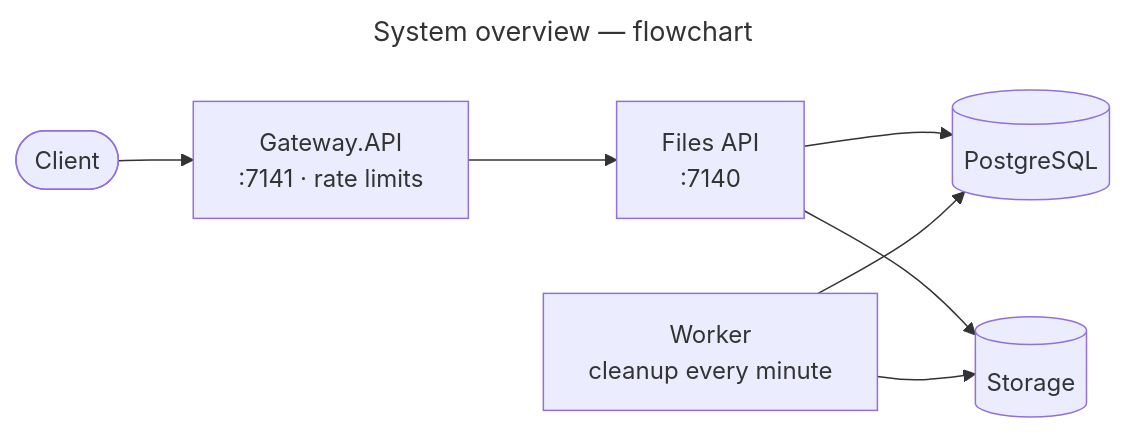
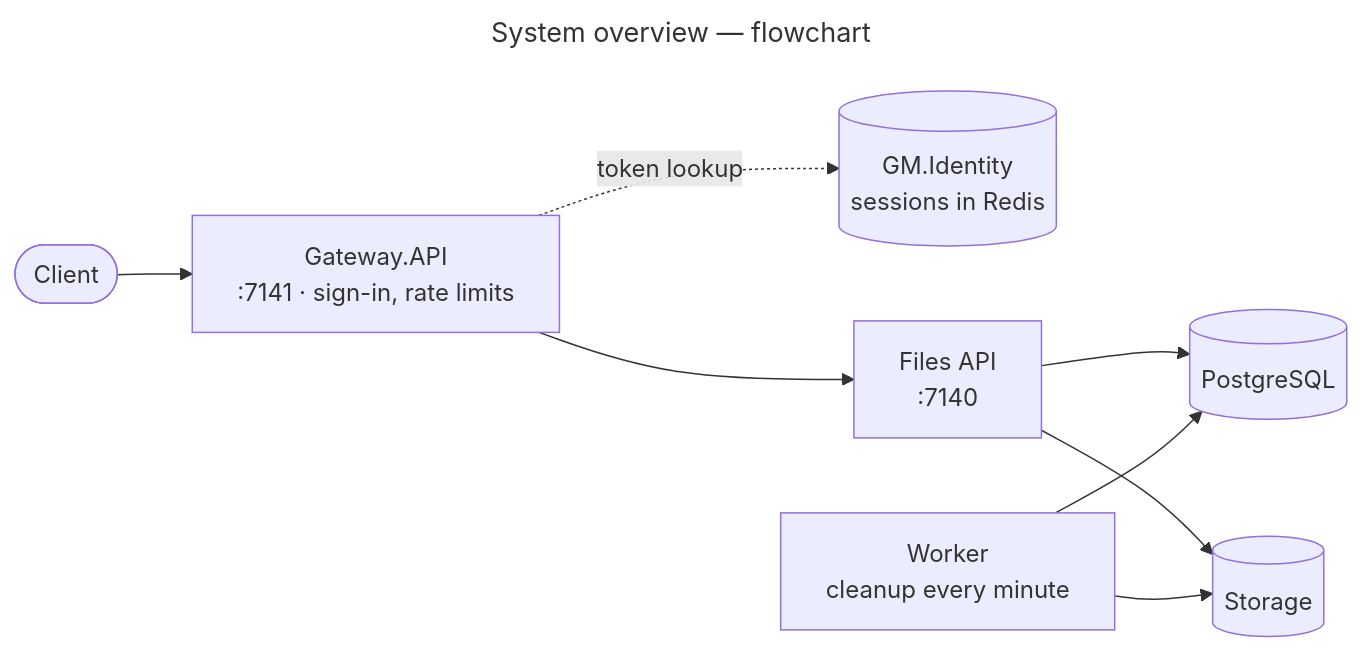
Before and after one commit to gmetskhvarishvili/GM.FileStorage.Samples: the diagram in README.md, drawn with Mermaid. The commit also changed other lines of this file and 33 other files, not shown here.

First line of the commit message:
feat!: sign in through GM.Identity at the gateway, and a file history of who opened what

````diff
--- a/README.md
+++ b/README.md
@@ -30,12 +30,13 @@
 ```mermaid
 ---
 title: System overview — flowchart
 ---
 flowchart LR
-    client([Client]) --> gw[Gateway.API<br/>:7141 · rate limits]
+    client([Client]) --> gw[Gateway.API<br/>:7141 · sign-in, rate limits]
+    gw -. token lookup .-> identity[(GM.Identity<br/>sessions in Redis)]
     gw --> api[Files API<br/>:7140]
     api --> db[(PostgreSQL)]
     api --> store[(Storage)]
     worker[Worker<br/>cleanup every minute] --> db
     worker --> store
 ```
````
